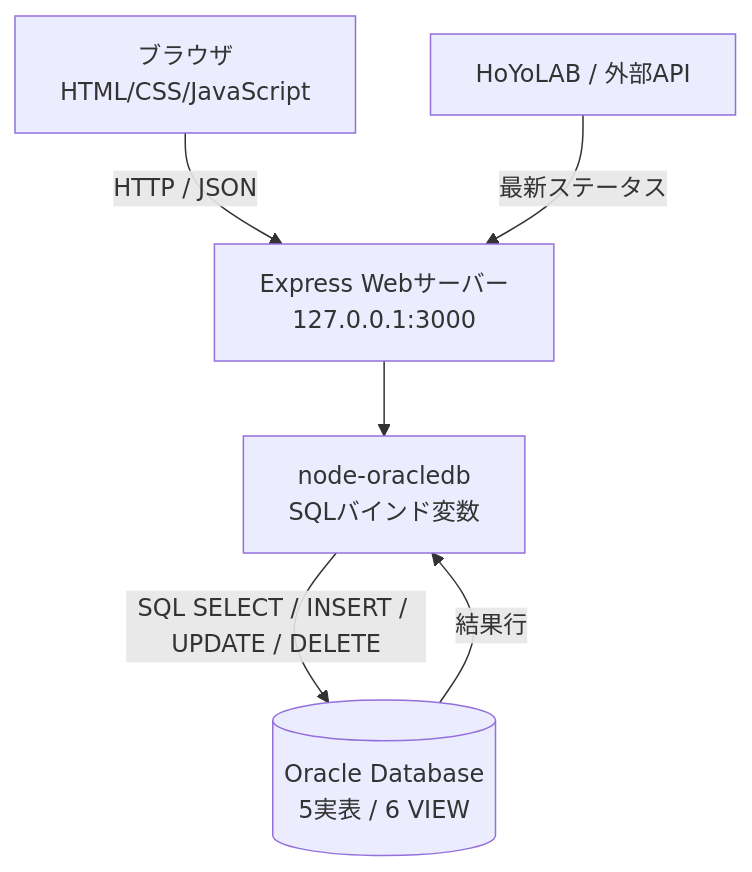
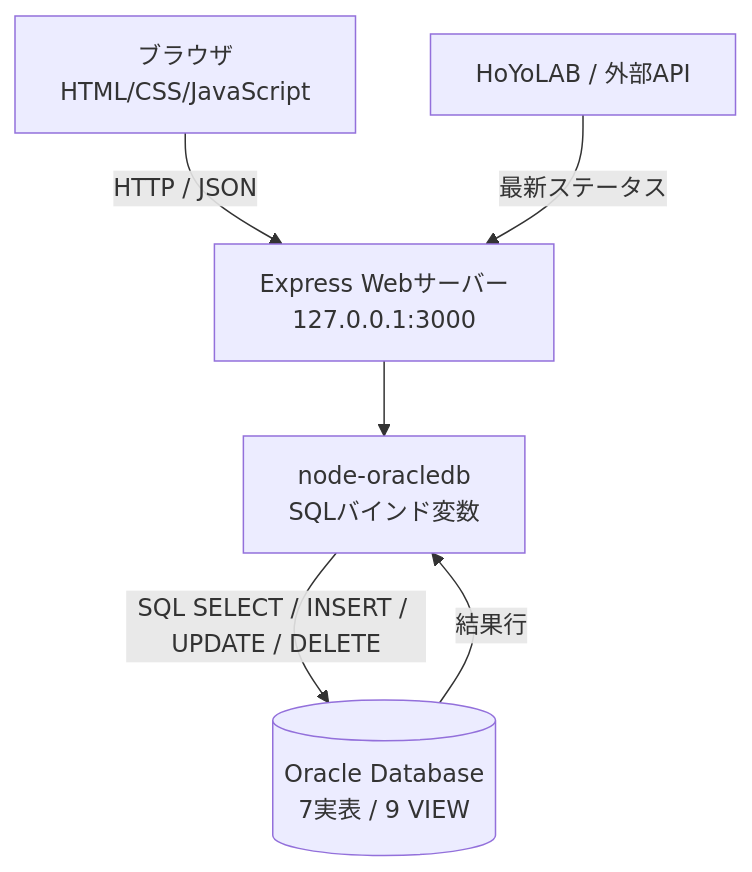
The first of 2 diagrams in docs/design.md (efi0794/str2), drawn with Mermaid before and after one commit. The commit also changed other lines of this file, not shown here.

Commit message:
Extend ER diagram, table definitions and VIEWs for stamina history analytics

```diff
--- a/docs/design.md
+++ b/docs/design.md
@@ -14,12 +14,12 @@
 ~~~~mermaid
 flowchart TD
     B[ブラウザ<br/>HTML/CSS/JavaScript]
     E[Express Webサーバー<br/>127.0.0.1:3000]
     D[node-oracledb<br/>SQLバインド変数]
-    O[(Oracle Database<br/>5実表 / 6 VIEW)]
+    O[(Oracle Database<br/>7実表 / 9 VIEW)]
     B -->|HTTP / JSON| E
     E --> D
     D -->|SQL SELECT / INSERT / UPDATE / DELETE| O
     O -->|結果行| D
     H[HoYoLAB / 外部API] -->|最新ステータス| E
 ~~~~
```
